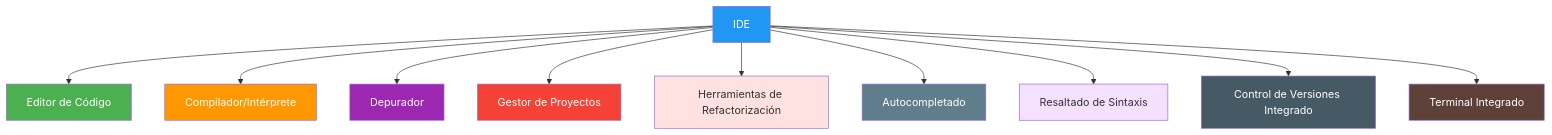
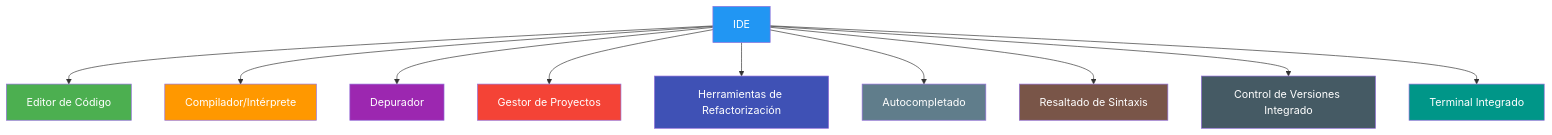
One commit to joseluisgs/EntornosDesarrollo-01-2026-2027 changed the fourth of 4 diagrams in 07-herramientas-apoyo.md. Above: the diagram before and after it, drawn with Mermaid. The commit also changed other lines of this file, not shown here.

Commit message:
[fix] Punto 07: TOC, bloques, colores Mermaid, C# como primario, tabla resumen

````diff
--- a/07-herramientas-apoyo.md
+++ b/07-herramientas-apoyo.md
@@ -157,23 +178,23 @@
 ```mermaid
 graph TD
     A[IDE] --> B[Editor de Código]
     A --> C[Compilador/Intérprete]
     A --> D[Depurador]
     A --> E[Gestor de Proyectos]
     A --> F[Herramientas de Refactorización]
     A --> G[Autocompletado]
     A --> H[Resaltado de Sintaxis]
     A --> I[Control de Versiones Integrado]
     A --> J[Terminal Integrado]
 
     style A fill:#2196F3,color:#fff
     style B fill:#4CAF50,color:#fff
     style C fill:#FF9800,color:#fff
     style D fill:#9C27B0,color:#fff
     style E fill:#f44336,color:#fff
-    style F fill:#ffe1e1
+    style F fill:#3F51B5,color:#fff
     style G fill:#607D8B,color:#fff
-    style H fill:#f5e1ff
+    style H fill:#795548,color:#fff
     style I fill:#455A64,color:#fff
-    style J fill:#5D4037,color:#fff
+    style J fill:#009688,color:#fff
 ```
````
